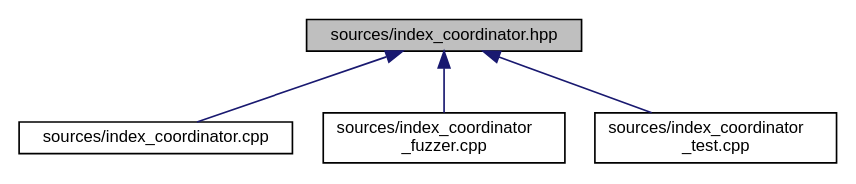
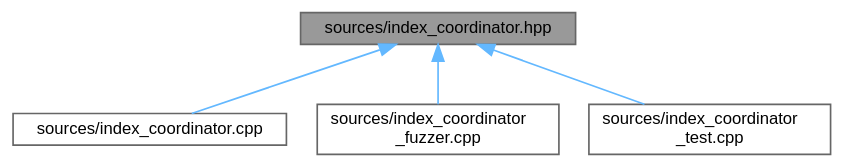
Before and after one commit to eliogovea/dev-env-cpp: the diagram in dev/documentation/index__coordinator_8hpp__dep__incl.dot, drawn with Graphviz. The commit also changed 247 other files, not shown here.

```diff
--- a/dev/documentation/index__coordinator_8hpp__dep__incl.dot
+++ b/dev/documentation/index__coordinator_8hpp__dep__incl.dot
@@ -1,13 +1,14 @@
 digraph "sources/index_coordinator.hpp"
 {
  // LATEX_PDF_SIZE
-  edge [fontname="Helvetica",fontsize="10",labelfontname="Helvetica",labelfontsize="10"];
-  node [fontname="Helvetica",fontsize="10",shape=record];
-  Node1 [label="sources/index_coordinator.hpp",height=0.2,width=0.4,color="black", fillcolor="grey75", style="filled", fontcolor="black",tooltip=" "];
-  Node1 -> Node2 [dir="back",color="midnightblue",fontsize="10",style="solid",fontname="Helvetica"];
-  Node2 [label="sources/index_coordinator.cpp",height=0.2,width=0.4,color="black", fillcolor="white", style="filled",URL="$index__coordinator_8cpp.html",tooltip=" "];
-  Node1 -> Node3 [dir="back",color="midnightblue",fontsize="10",style="solid",fontname="Helvetica"];
-  Node3 [label="sources/index_coordinator\l_fuzzer.cpp",height=0.2,width=0.4,color="black", fillcolor="white", style="filled",URL="$index__coordinator__fuzzer_8cpp.html",tooltip=" "];
-  Node1 -> Node4 [dir="back",color="midnightblue",fontsize="10",style="solid",fontname="Helvetica"];
-  Node4 [label="sources/index_coordinator\l_test.cpp",height=0.2,width=0.4,color="black", fillcolor="white", style="filled",URL="$index__coordinator__test_8cpp.html",tooltip=" "];
+  bgcolor="transparent";
+  edge [fontname=Helvetica,fontsize=10,labelfontname=Helvetica,labelfontsize=10];
+  node [fontname=Helvetica,fontsize=10,shape=box,height=0.2,width=0.4];
+  Node1 [id="Node000001",label="sources/index_coordinator.hpp",height=0.2,width=0.4,color="gray40", fillcolor="grey60", style="filled", fontcolor="black",tooltip=" "];
+  Node1 -> Node2 [id="edge1_Node000001_Node000002",dir="back",color="steelblue1",style="solid",tooltip=" "];
+  Node2 [id="Node000002",label="sources/index_coordinator.cpp",height=0.2,width=0.4,color="grey40", fillcolor="white", style="filled",URL="$index__coordinator_8cpp.html",tooltip=" "];
+  Node1 -> Node3 [id="edge2_Node000001_Node000003",dir="back",color="steelblue1",style="solid",tooltip=" "];
+  Node3 [id="Node000003",label="sources/index_coordinator\l_fuzzer.cpp",height=0.2,width=0.4,color="grey40", fillcolor="white", style="filled",URL="$index__coordinator__fuzzer_8cpp.html",tooltip=" "];
+  Node1 -> Node4 [id="edge3_Node000001_Node000004",dir="back",color="steelblue1",style="solid",tooltip=" "];
+  Node4 [id="Node000004",label="sources/index_coordinator\l_test.cpp",height=0.2,width=0.4,color="grey40", fillcolor="white", style="filled",URL="$index__coordinator__test_8cpp.html",tooltip=" "];
 }
```
